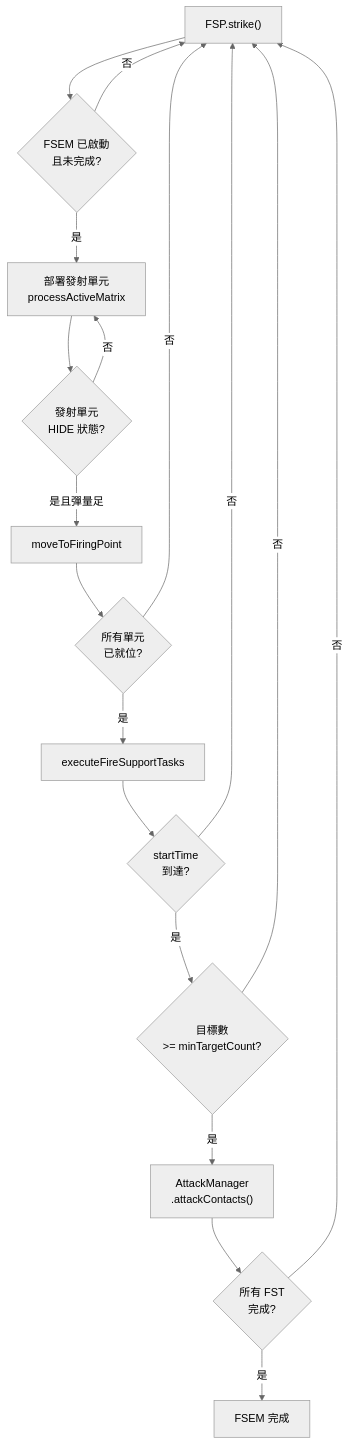
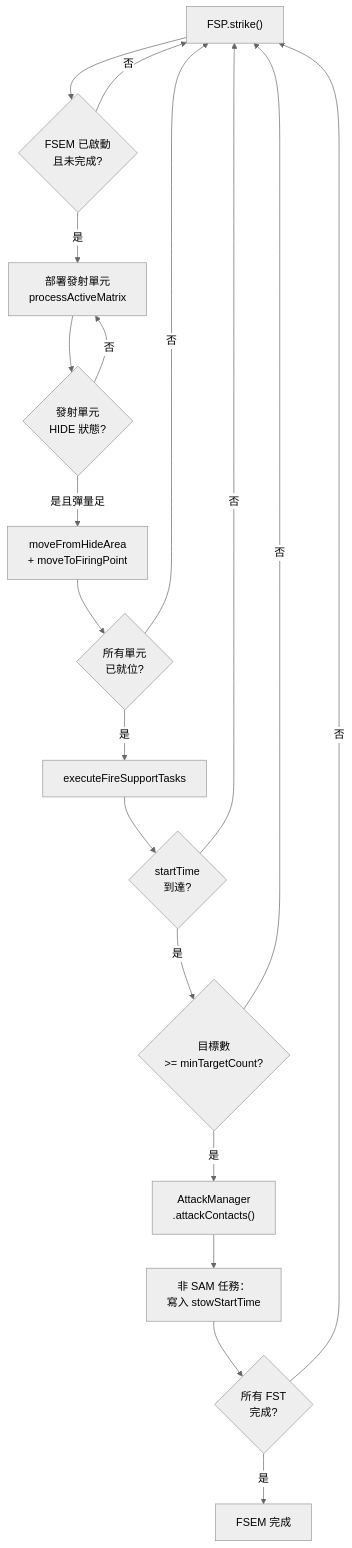
Before and after one commit to pullupjumper/formosa-in-flames: the diagram in docs/strikePlanner/fireSupportPlan.md, drawn with Mermaid (neutral theme). The commit also changed other lines of this file and 9 other files, not shown here.

````diff
--- a/docs/strikePlanner/fireSupportPlan.md
+++ b/docs/strikePlanner/fireSupportPlan.md
@@ -35,33 +35,35 @@
 ```mermaid
 flowchart TD
     START["FSP.strike()"]
     ACTIVE{FSEM 已啟動<br>且未完成?}
     DEPLOY["部署發射單元<br>processActiveMatrix"]
     CHECK_UNIT{發射單元<br>HIDE 狀態?}
-    MOVE["moveToFiringPoint"]
+    MOVE["moveFromHideArea<br>+ moveToFiringPoint"]
     READY{所有單元<br>已就位?}
     EXECUTE["executeFireSupportTasks"]
     CHECK_TIME{startTime<br>到達?}
     CHECK_TARGET{目標數<br>>= minTargetCount?}
     ATTACK["AttackManager<br>.attackContacts()"]
+    STOW["非 SAM 任務：<br>寫入 stowStartTime"]
     DONE{所有 FST<br>完成?}
     FINISH["FSEM 完成"]
 
     START --> ACTIVE
     ACTIVE -->|否| START
     ACTIVE -->|是| DEPLOY
     DEPLOY --> CHECK_UNIT
     CHECK_UNIT -->|是且彈量足| MOVE
     CHECK_UNIT -->|否| DEPLOY
     MOVE --> READY
     READY -->|否| START
     READY -->|是| EXECUTE
     EXECUTE --> CHECK_TIME
     CHECK_TIME -->|否| START
     CHECK_TIME -->|是| CHECK_TARGET
     CHECK_TARGET -->|否| START
     CHECK_TARGET -->|是| ATTACK
-    ATTACK --> DONE
+    ATTACK --> STOW
+    STOW --> DONE
     DONE -->|否| START
     DONE -->|是| FINISH
 ```
````
